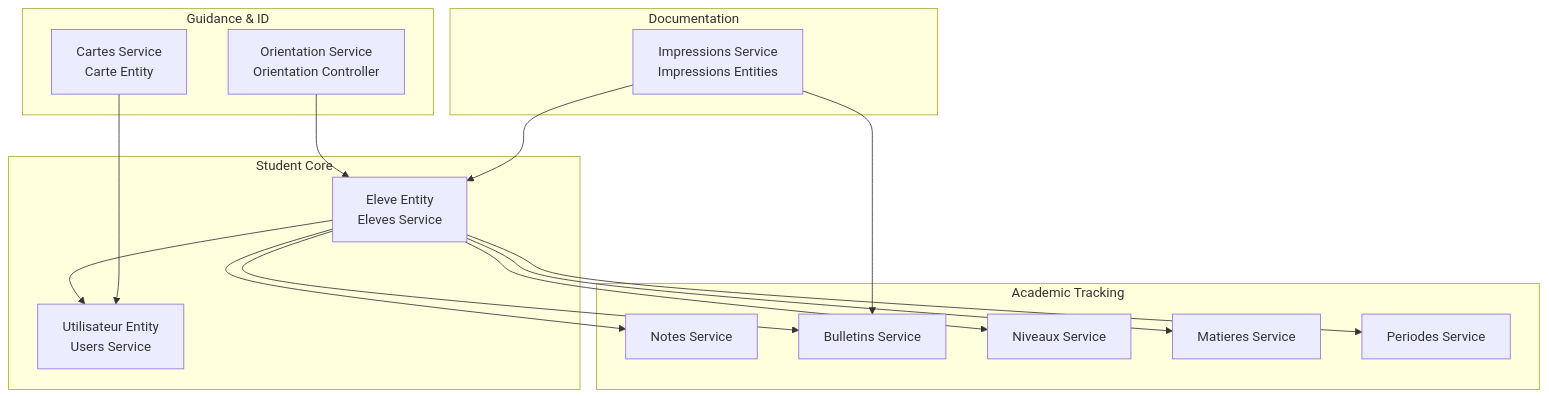
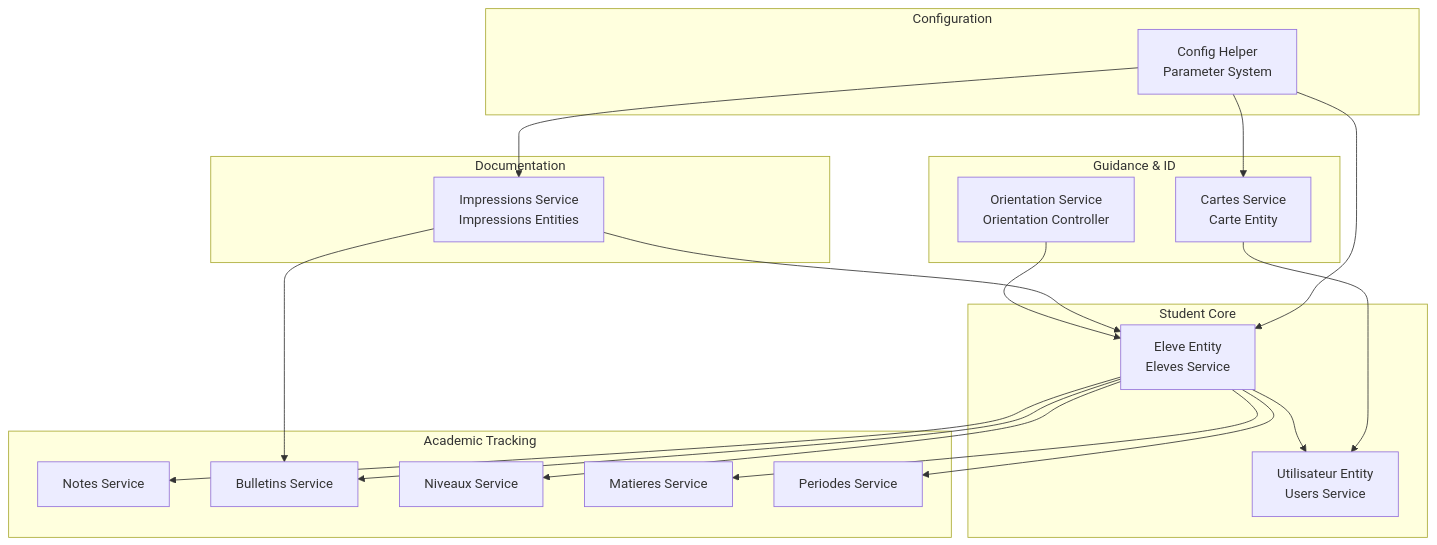
One commit to franckylab/eLISAschool changed the first of 10 diagrams in .qoder/repowiki/en/content/Modules & Features/Student Management.md. Above: the diagram before and after it, drawn with Mermaid. The commit also changed other lines of this file and 155 other files, not shown here.

````diff
--- a/.qoder/repowiki/en/content/Modules & Features/Student Management.md
+++ b/.qoder/repowiki/en/content/Modules & Features/Student Management.md
@@ -53,31 +65,37 @@
 ```mermaid
 graph TB
 subgraph "Student Core"
 E["Eleve Entity<br/>Eleves Service"]
 U["Utilisateur Entity<br/>Users Service"]
 end
 subgraph "Academic Tracking"
 N["Notes Service"]
 B["Bulletins Service"]
 L["Niveaux Service"]
 M["Matieres Service"]
 P["Periodes Service"]
 end
 subgraph "Guidance & ID"
 O["Orientation Service<br/>Orientation Controller"]
 C["Cartes Service<br/>Carte Entity"]
 end
 subgraph "Documentation"
 I["Impressions Service<br/>Impressions Entities"]
 end
+subgraph "Configuration"
+CFG["Config Helper<br/>Parameter System"]
+end
 E --> U
 E --> N
 E --> B
 E --> L
 E --> M
 E --> P
 O --> E
 C --> U
 I --> E
 I --> B
+CFG --> E
+CFG --> C
+CFG --> I
 ```
````
